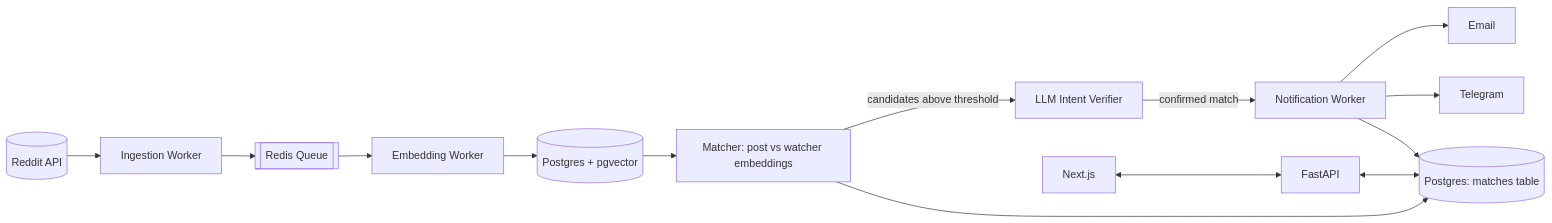
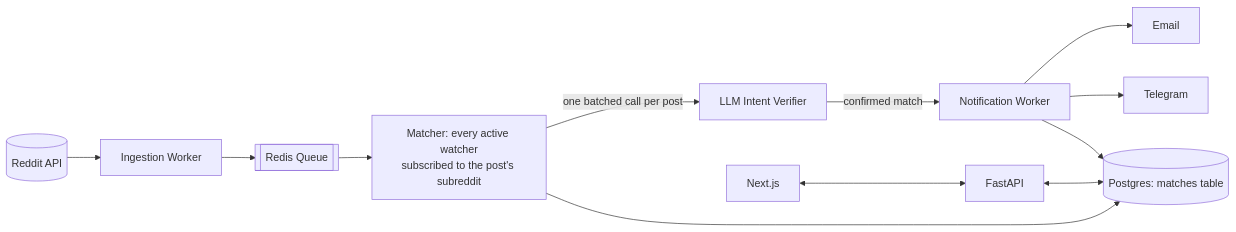
One commit to d-tech-solutions/reddit_lead changed the diagram in docs/ARCHITECTURE.md. Above: the diagram before and after it, drawn with Mermaid. The commit also changed other lines of this file and 17 other files, not shown here.

````diff
--- a/docs/ARCHITECTURE.md
+++ b/docs/ARCHITECTURE.md
@@ -8,16 +8,14 @@
 ```mermaid
 flowchart LR
     Reddit[(Reddit API)] --> Ingest[Ingestion Worker]
     Ingest --> Queue[[Redis Queue]]
-    Queue --> Embed[Embedding Worker]
-    Embed --> VDB[(Postgres + pgvector)]
-    VDB --> Match[Matcher: post vs watcher embeddings]
-    Match -->|candidates above threshold| Verify[LLM Intent Verifier]
+    Queue --> Match[Matcher: every active watcher<br/>subscribed to the post's subreddit]
+    Match -->|one batched call per post| Verify[LLM Intent Verifier]
     Verify -->|confirmed match| Notify[Notification Worker]
     Notify --> Email[Email]
     Notify --> Telegram[Telegram]
     Match --> DB[(Postgres: matches table)]
     Notify --> DB
     API[FastAPI] <--> DB
     Frontend[Next.js] <--> API
 ```
````
